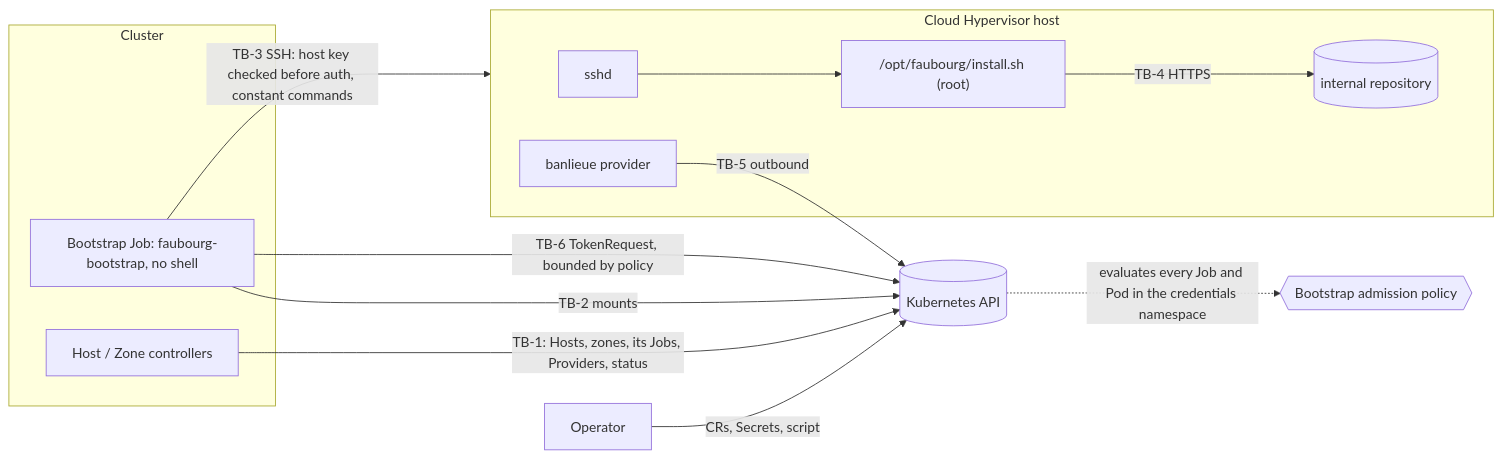
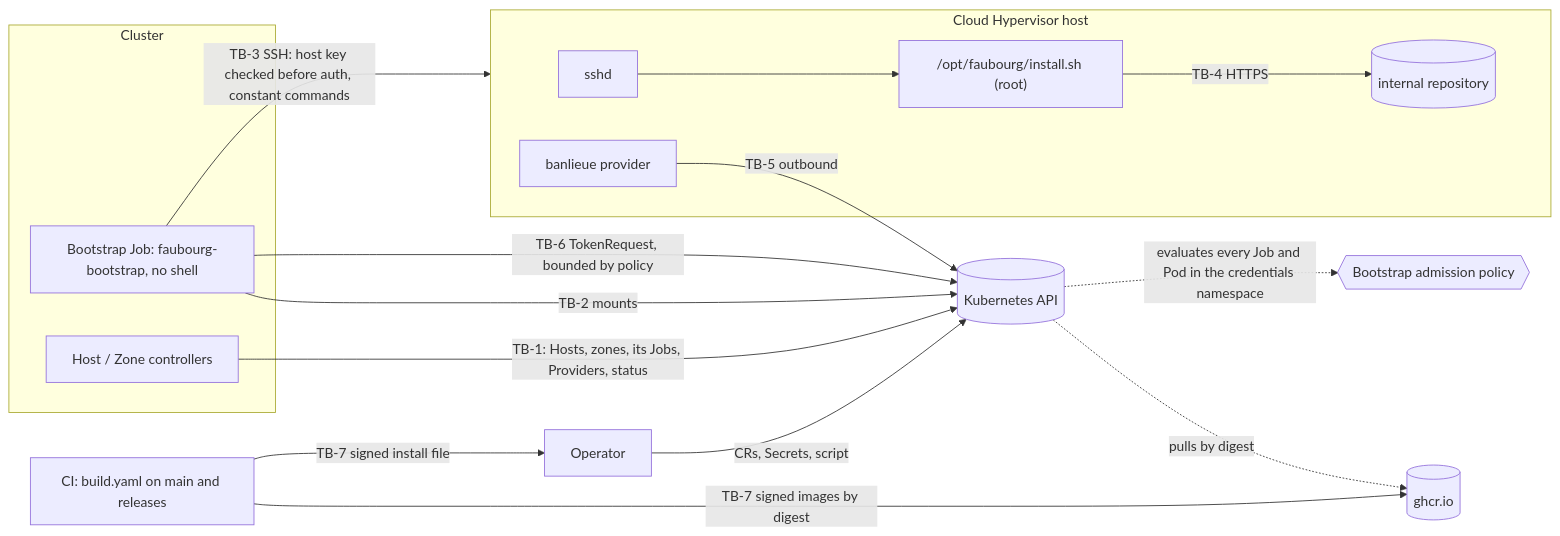
Before and after one commit to firestoned/faubourg: the diagram in docs/security/threat-model.md, drawn with Mermaid. The commit also changed other lines of this file and 19 other files, not shown here.

````diff
--- a/docs/security/threat-model.md
+++ b/docs/security/threat-model.md
@@ -84,19 +88,22 @@
 ```mermaid
 flowchart LR
     op[Operator] -->|CRs, Secrets, script| kube[(Kubernetes API)]
     subgraph cluster [Cluster]
         ctl[Host / Zone controllers]
         job[Bootstrap Job: faubourg-bootstrap, no shell]
     end
     kube -.->|evaluates every Job and Pod in the credentials namespace| vap{{Bootstrap admission policy}}
     ctl -->|TB-1: Hosts, zones, its Jobs, Providers, status| kube
     job -->|TB-2 mounts| kube
     job -->|TB-6 TokenRequest, bounded by policy| kube
     job -->|TB-3 SSH: host key checked before auth, constant commands| host
     subgraph host [Cloud Hypervisor host]
         sshd[sshd] --> script["/opt/faubourg/install.sh (root)"]
         script -->|TB-4 HTTPS| repo[(internal repository)]
         prov[banlieue provider]
     end
     prov -->|TB-5 outbound| kube
+    ci[CI: build.yaml on main and releases] -->|TB-7 signed images by digest| reg[(ghcr.io)]
+    ci -->|TB-7 signed install file| op
+    kube -.->|pulls by digest| reg
 ```
````
